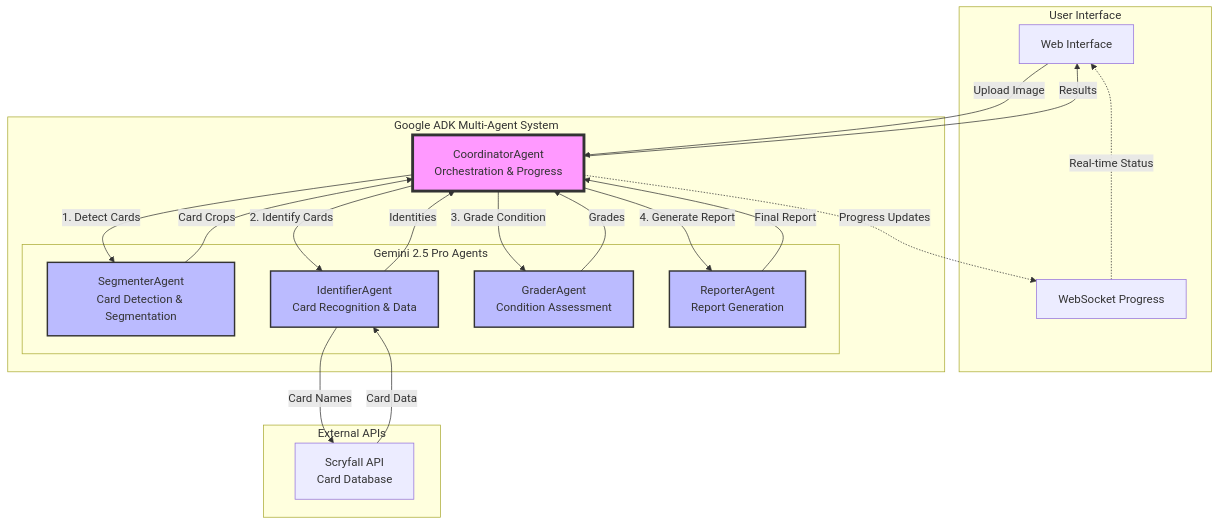
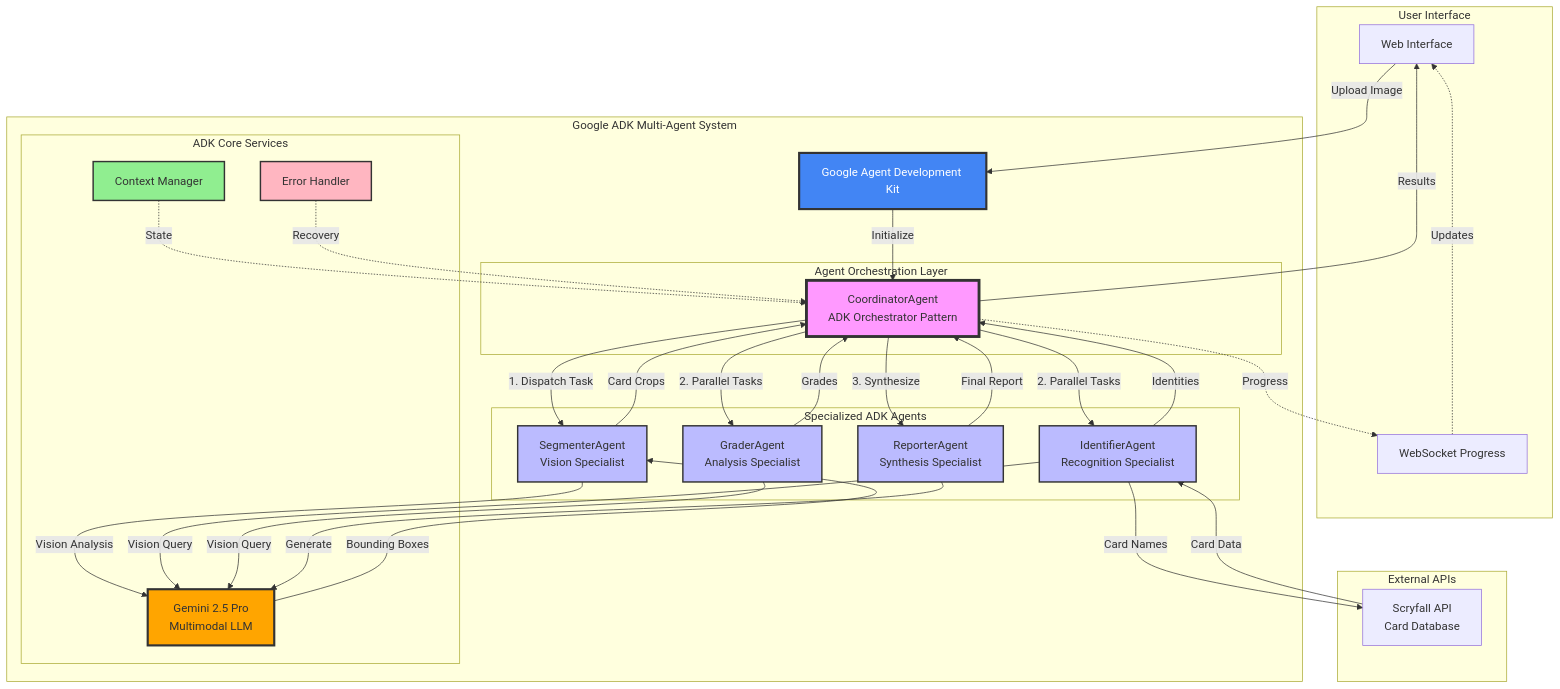
Before and after one commit to promptfoo/promptfoo: the diagram in examples/adk-mtg-card-analyzer/README.md, drawn with Mermaid. The commit also changed other lines of this file and 6 other files, not shown here.

First line of the commit message:
docs: update README to properly showcase Google ADK integration

````diff
--- a/examples/adk-mtg-card-analyzer/README.md
+++ b/examples/adk-mtg-card-analyzer/README.md
@@ -18,43 +20,65 @@
 ```mermaid
 graph TB
     subgraph "User Interface"
         UI[Web Interface]
         WS[WebSocket Progress]
     end
     
     subgraph "Google ADK Multi-Agent System"
-        COORD[CoordinatorAgent<br/>Orchestration & Progress]
+        ADK[Google Agent Development Kit]
         
-        subgraph "Gemini 2.5 Pro Agents"
-            SEG[SegmenterAgent<br/>Card Detection & Segmentation]
-            ID[IdentifierAgent<br/>Card Recognition & Data]
-            GRADE[GraderAgent<br/>Condition Assessment]
-            REPORT[ReporterAgent<br/>Report Generation]
+        subgraph "Agent Orchestration Layer"
+            COORD[CoordinatorAgent<br/>ADK Orchestrator Pattern]
+        end
+        
+        subgraph "Specialized ADK Agents"
+            SEG[SegmenterAgent<br/>Vision Specialist]
+            ID[IdentifierAgent<br/>Recognition Specialist]
+            GRADE[GraderAgent<br/>Analysis Specialist]
+            REPORT[ReporterAgent<br/>Synthesis Specialist]
+        end
+        
+        subgraph "ADK Core Services"
+            GEMINI[Gemini 2.5 Pro<br/>Multimodal LLM]
+            CONTEXT[Context Manager]
+            ERROR[Error Handler]
         end
     end
     
     subgraph "External APIs"
         SCRY[Scryfall API<br/>Card Database]
     end
     
-    UI -->|Upload Image| COORD
-    COORD -->|1. Detect Cards| SEG
+    UI -->|Upload Image| ADK
+    ADK -->|Initialize| COORD
+    COORD -->|1. Dispatch Task| SEG
+    SEG -->|Vision Analysis| GEMINI
+    GEMINI -->|Bounding Boxes| SEG
     SEG -->|Card Crops| COORD
-    COORD -->|2. Identify Cards| ID
+    COORD -->|2. Parallel Tasks| ID
+    COORD -->|2. Parallel Tasks| GRADE
+    ID -->|Vision Query| GEMINI
+    GRADE -->|Vision Query| GEMINI
     ID -->|Card Names| SCRY
     SCRY -->|Card Data| ID
     ID -->|Identities| COORD
-    COORD -->|3. Grade Condition| GRADE
     GRADE -->|Grades| COORD
-    COORD -->|4. Generate Report| REPORT
+    COORD -->|3. Synthesize| REPORT
+    REPORT -->|Generate| GEMINI
     REPORT -->|Final Report| COORD
     COORD -->|Results| UI
-    COORD -.->|Progress Updates| WS
-    WS -.->|Real-time Status| UI
+    COORD -.->|Progress| WS
+    WS -.->|Updates| UI
+    CONTEXT -.->|State| COORD
+    ERROR -.->|Recovery| COORD
     
+    style ADK fill:#4285f4,stroke:#333,stroke-width:3px,color:#fff
     style COORD fill:#f9f,stroke:#333,stroke-width:4px
     style SEG fill:#bbf,stroke:#333,stroke-width:2px
     style ID fill:#bbf,stroke:#333,stroke-width:2px
     style GRADE fill:#bbf,stroke:#333,stroke-width:2px
     style REPORT fill:#bbf,stroke:#333,stroke-width:2px
+    style GEMINI fill:#ffa500,stroke:#333,stroke-width:3px
+    style CONTEXT fill:#90ee90,stroke:#333,stroke-width:2px
+    style ERROR fill:#ffb6c1,stroke:#333,stroke-width:2px
 ```
````
